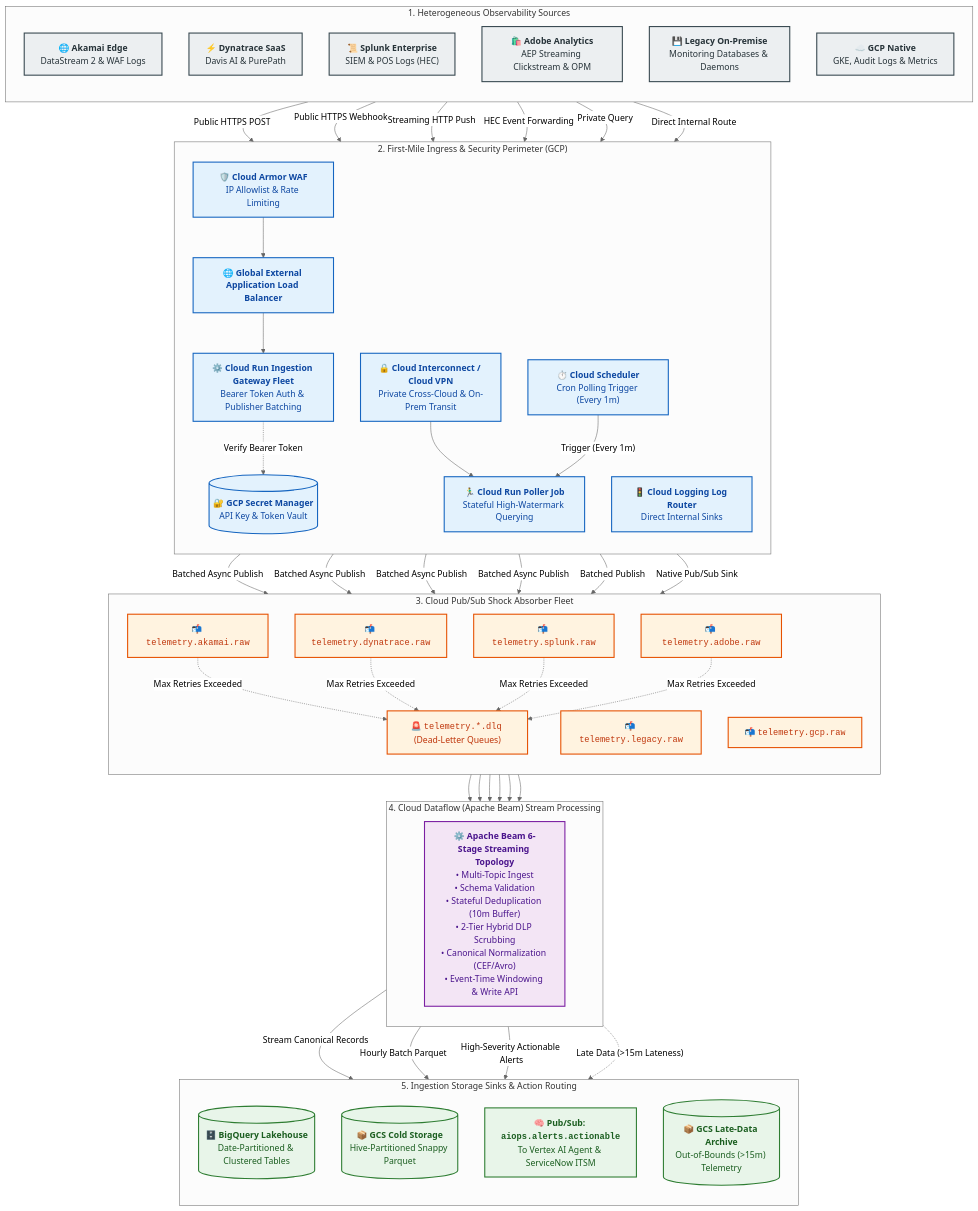
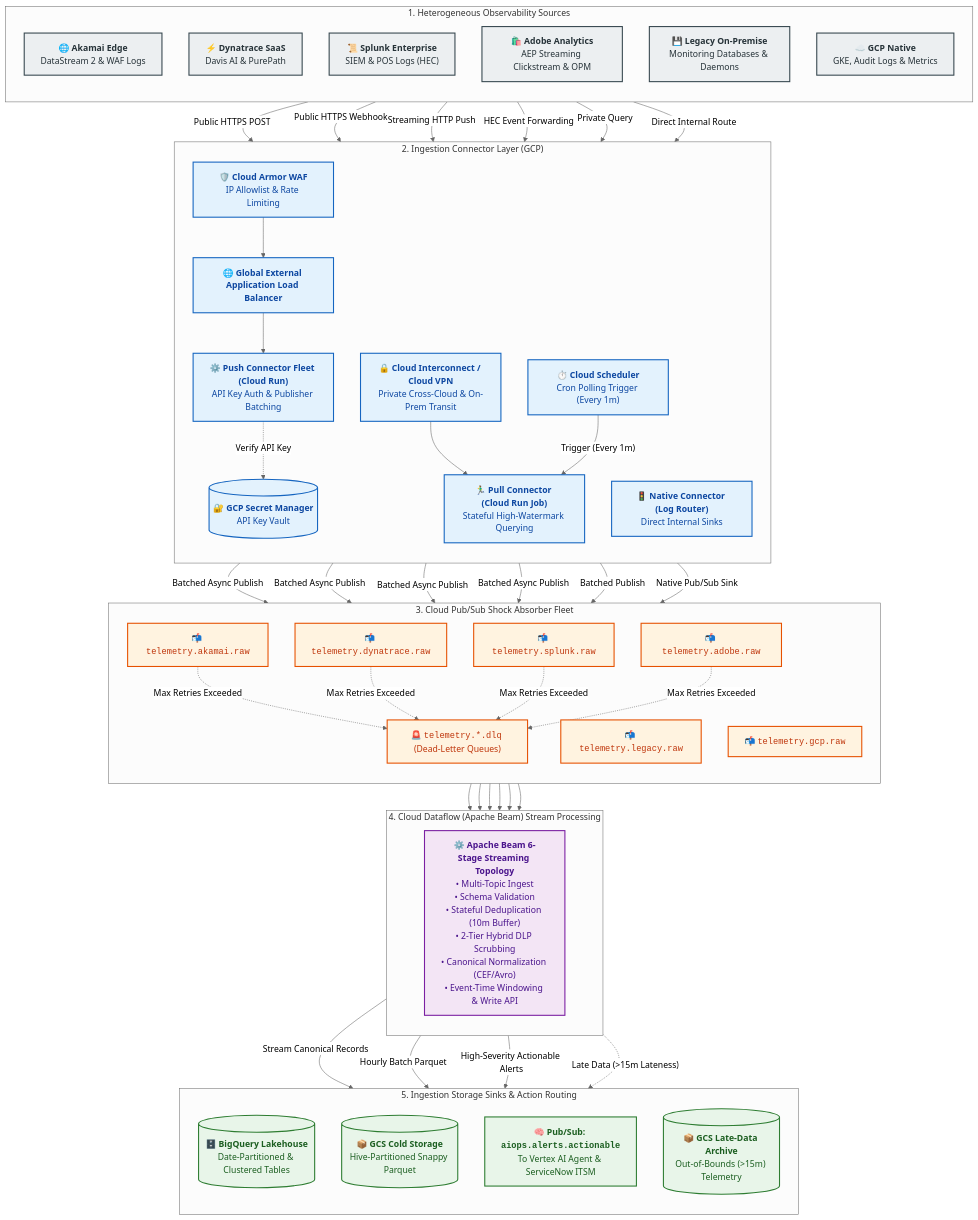
Before and after one commit to toanbui626391/aiops_architect: the first of 3 diagrams in docs/architecture/01_ingestion/ingestion_architecture.md, drawn with Mermaid (neutral theme). The commit also changed other lines of this file and 4 other files, not shown here.

```diff
--- a/docs/architecture/01_ingestion/ingestion_architecture.md
+++ b/docs/architecture/01_ingestion/ingestion_architecture.md
@@ -23,17 +23,17 @@
         GCPOps["☁️ <b>GCP Native</b><br/>GKE, Audit Logs & Metrics"]
     end
 
-    %% 2. NETWORK & SECURITY PERIMETER
-    subgraph Ingress_Perimeter["2. First-Mile Ingress & Security Perimeter (GCP)"]
+    %% 2. CONNECTOR LAYER & SECURITY
+    subgraph Connector_Layer["2. Ingestion Connector Layer (GCP)"]
         direction TB
         CloudArmor["🛡️ <b>Cloud Armor WAF</b><br/>IP Allowlist & Rate Limiting"]
         ExtLB["🌐 <b>Global External Application Load Balancer</b>"]
         VPN["🔒 <b>Cloud Interconnect / Cloud VPN</b><br/>Private Cross-Cloud & On-Prem Transit"]
-        CloudRunGW["⚙️ <b>Cloud Run Ingestion Gateway Fleet</b><br/>Bearer Token Auth & Publisher Batching"]
-        SecretMgr[("🔐 <b>GCP Secret Manager</b><br/>API Key & Token Vault")]
+        PushConnector["⚙️ <b>Push Connector Fleet (Cloud Run)</b><br/>API Key Auth & Publisher Batching"]
+        SecretMgr[("🔐 <b>GCP Secret Manager</b><br/>API Key Vault")]
         CloudSched["⏱️ <b>Cloud Scheduler</b><br/>Cron Polling Trigger (Every 1m)"]
-        PollerJob["🏃‍♂️ <b>Cloud Run Poller Job</b><br/>Stateful High-Watermark Querying"]
-        LogRouter["🚦 <b>Cloud Logging Log Router</b><br/>Direct Internal Sinks"]
+        PullConnector["🏃‍♂️ <b>Pull Connector (Cloud Run Job)</b><br/>Stateful High-Watermark Querying"]
+        NativeConnector["🚦 <b>Native Connector (Log Router)</b><br/>Direct Internal Sinks"]
     end
 
     %% 3. EVENT BUS
@@ -70,21 +70,21 @@
     Splunk -->|"HEC Event Forwarding"| CloudArmor
 
     CloudArmor --> ExtLB
-    ExtLB --> CloudRunGW
-    CloudRunGW -.->|"Verify Bearer Token"| SecretMgr
+    ExtLB --> PushConnector
+    PushConnector -.->|"Verify API Key"| SecretMgr
     
     Legacy -->|"Private Query"| VPN
-    VPN --> PollerJob
-    CloudSched -->|"Trigger (Every 1m)"| PollerJob
+    VPN --> PullConnector
+    CloudSched -->|"Trigger (Every 1m)"| PullConnector
 
-    GCPOps -->|"Direct Internal Route"| LogRouter
+    GCPOps -->|"Direct Internal Route"| NativeConnector
 
-    CloudRunGW -->|"Batched Async Publish"| T_Akamai
-    CloudRunGW -->|"Batched Async Publish"| T_Dyna
-    CloudRunGW -->|"Batched Async Publish"| T_Splunk
-    CloudRunGW -->|"Batched Async Publish"| T_Adobe
-    PollerJob -->|"Batched Publish"| T_Legacy
-    LogRouter -->|"Native Pub/Sub Sink"| T_GCP
+    PushConnector -->|"Batched Async Publish"| T_Akamai
+    PushConnector -->|"Batched Async Publish"| T_Dyna
+    PushConnector -->|"Batched Async Publish"| T_Splunk
+    PushConnector -->|"Batched Async Publish"| T_Adobe
+    PullConnector -->|"Batched Publish"| T_Legacy
+    NativeConnector -->|"Native Pub/Sub Sink"| T_GCP
 
     T_Akamai --> BeamPipeline
     T_Dyna --> BeamPipeline
@@ -111,7 +111,7 @@
     classDef sinkStyle fill:#E8F5E9,stroke:#2E7D32,stroke-width:2px,color:#1B5E20;
 
     class Akamai,Dyna,Splunk,Adobe,Legacy,GCPOps srcStyle;
-    class CloudArmor,ExtLB,VPN,CloudRunGW,SecretMgr,CloudSched,PollerJob,LogRouter secStyle;
+    class CloudArmor,ExtLB,VPN,PushConnector,SecretMgr,CloudSched,PullConnector,NativeConnector secStyle;
     class T_Akamai,T_Dyna,T_Splunk,T_Adobe,T_Legacy,T_GCP,DLQ_Fleet psStyle;
     class BeamPipeline dfStyle;
     class BQ_Table,GCS_Parquet,Actionable_Topic,Late_Data_Sink sinkStyle;
```
